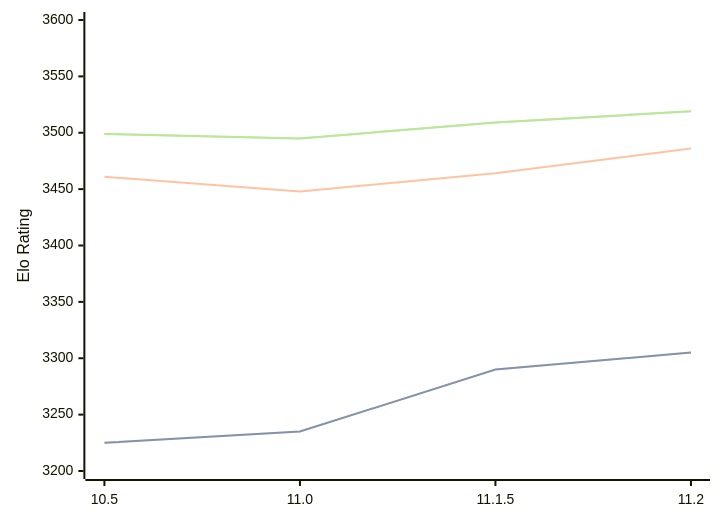
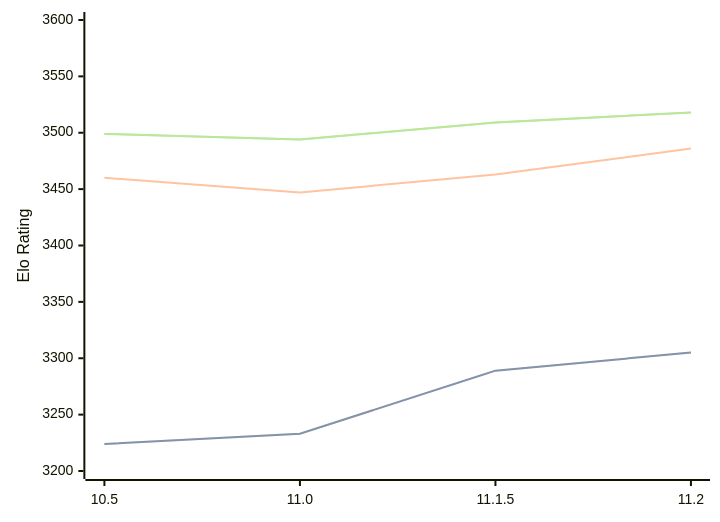
The diagram in engines/Lizard.md (computer-chess-index/cci), drawn with Mermaid before and after one commit. The commit also changed other lines of this file, not shown here.

Commit message:
Update CCI Ratings (ELO VLTC) - 2026-09-01

````diff
--- a/engines/Lizard.md
+++ b/engines/Lizard.md
@@ -34,11 +34,11 @@
 ```mermaid
 %%{init: {"theme":"base","themeVariables":{"seriesColors:['#a3a3a3','#222221','#faa371']}}}%%
 xychart-beta
   x-axis ["10.5", "11.0", "11.1.5", "11.2"]
   y-axis "Elo Rating" 3200 --> 3600
-  line "" [3225, 3235, 3290, 3305]
-  line "STC (8.0+0.08s)" [3225, 3235, 3290, 3305]
-  line "LTC (60.0+0.60s)" [3461, 3448, 3464, 3486]
-  line "" [3499, 3495, 3509, 3519]
-  line "VLTC (2m24s+1.12s)" [3499, 3495, 3509, 3519]
+  line "" [3224, 3233, 3289, 3305]
+  line "STC (8.0+0.08s)" [3224, 3233, 3289, 3305]
+  line "LTC (60.0+0.60s)" [3460, 3447, 3463, 3486]
+  line "" [3499, 3494, 3509, 3518]
+  line "VLTC (2m24s+1.12s)" [3499, 3494, 3509, 3518]
 ```
````
